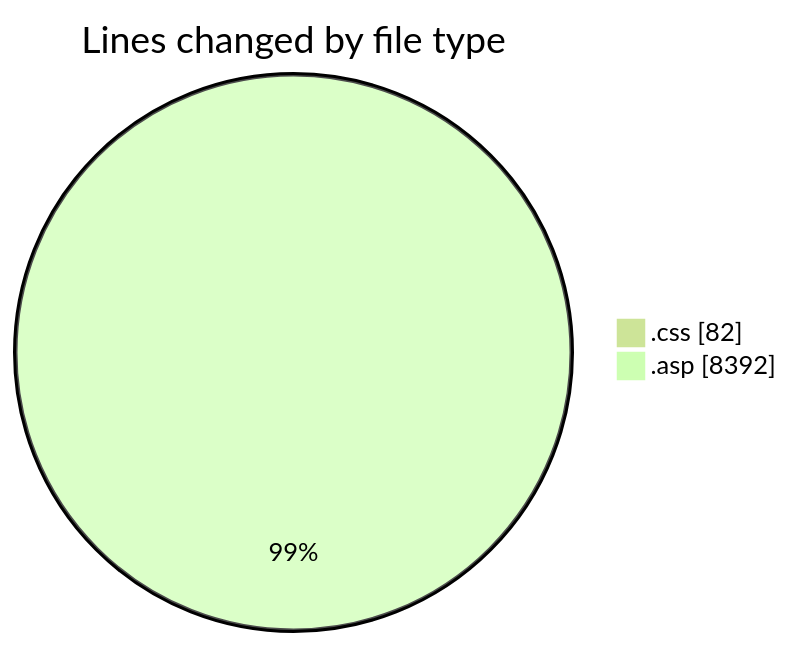
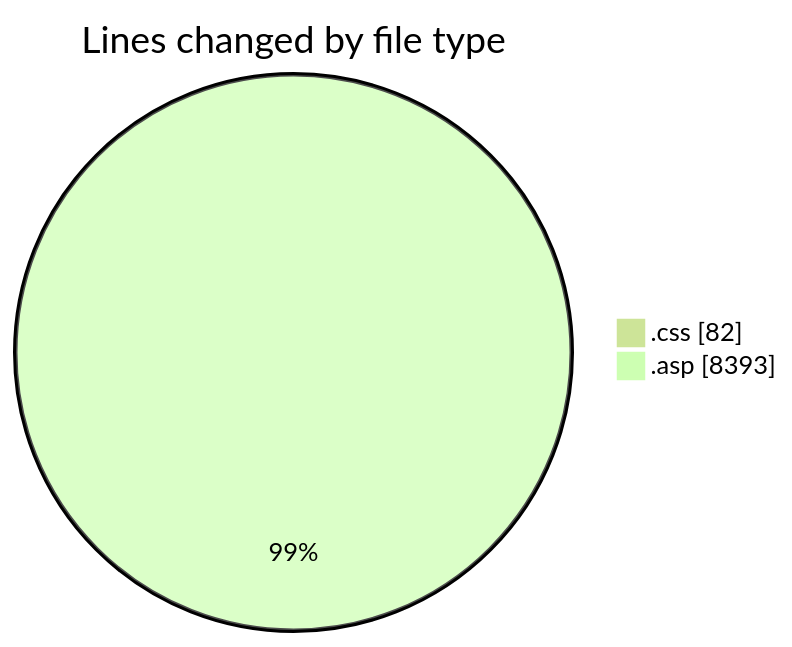
One commit to julien-gomy/code-tracking changed the first of 2 diagrams in 2025-11-16/cdp_aleoudev_fr__workspace_/README.md. Above: the diagram before and after it, drawn with Mermaid (forest theme). The commit also changed other lines of this file and 1 other file, not shown here.

````diff
--- a/2025-11-16/cdp_aleoudev_fr__workspace_/README.md
+++ b/2025-11-16/cdp_aleoudev_fr__workspace_/README.md
@@ -31,6 +31,6 @@
 ```mermaid
 pie showData
 title Lines changed by file type
 ".css" : 82
-".asp" : 8392
+".asp" : 8393
 ```
````
